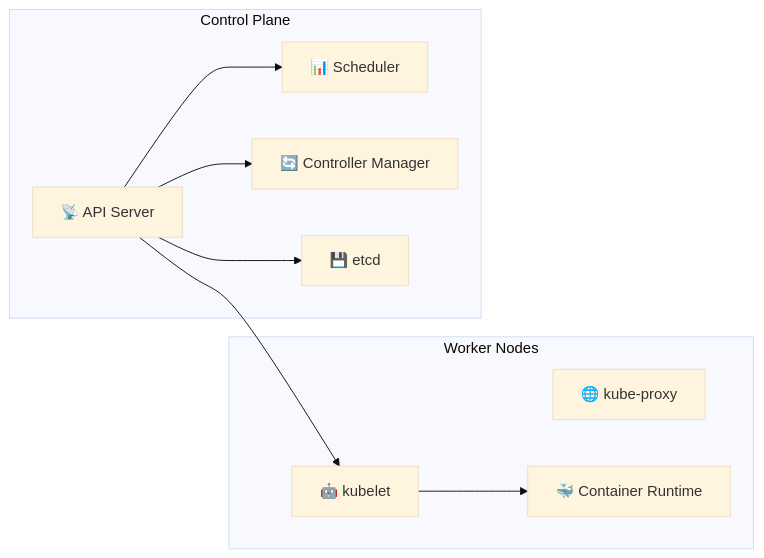
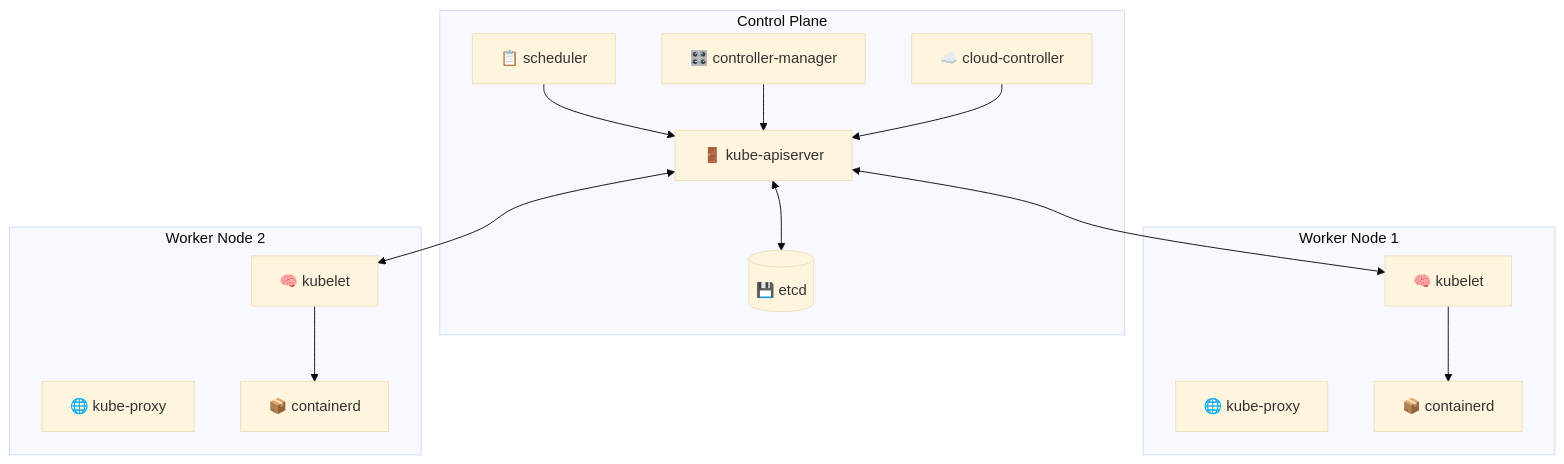
Before and after one commit to inno-devops-labs/DevOps-Core-Course: the second of 5 diagrams in lectures/lec9.md, drawn with Mermaid (base theme). The commit also changed other lines of this file and 24 other files, not shown here.

````diff
--- a/lectures/lec9.md
+++ b/lectures/lec9.md
@@ -213,19 +68,28 @@
 ```mermaid
-flowchart LR
-  subgraph "Worker Nodes"
-    Kubelet[🤖 kubelet]
-    Proxy[🌐 kube-proxy]
-    Runtime[🐳 Container Runtime]
+flowchart TB
+  subgraph "Control Plane"
+    API[🚪 kube-apiserver]
+    ETCD[(💾 etcd)]
+    SCHED[📋 scheduler]
+    CTRL[🎛️ controller-manager]
+    CLOUD[☁️ cloud-controller]
+    API <--> ETCD
+    SCHED --> API
+    CTRL --> API
+    CLOUD --> API
   end
-  subgraph "Control Plane"
-    API[📡 API Server]
-    Scheduler[📊 Scheduler]
-    Controller[🔄 Controller Manager]
-    ETCD[💾 etcd]
+  subgraph "Worker Node 1"
+    KUBELET1[🧠 kubelet]
+    PROXY1[🌐 kube-proxy]
+    RT1[📦 containerd]
+    KUBELET1 --> RT1
   end
-  API --> Scheduler
-  API --> Controller
-  API --> ETCD
-  API --> Kubelet
-  Kubelet --> Runtime
+  subgraph "Worker Node 2"
+    KUBELET2[🧠 kubelet]
+    PROXY2[🌐 kube-proxy]
+    RT2[📦 containerd]
+    KUBELET2 --> RT2
+  end
+  API <--> KUBELET1
+  API <--> KUBELET2
 ```
````
